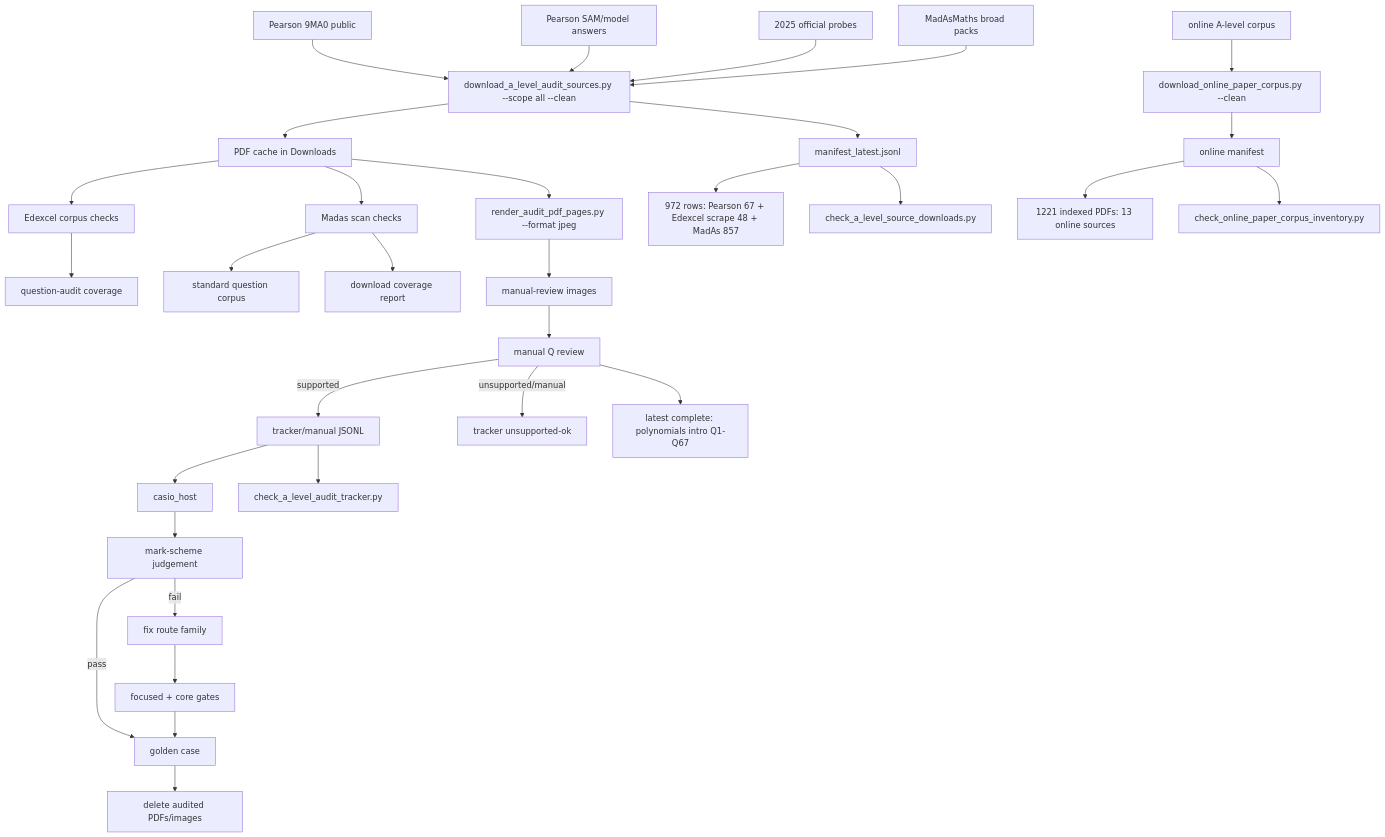
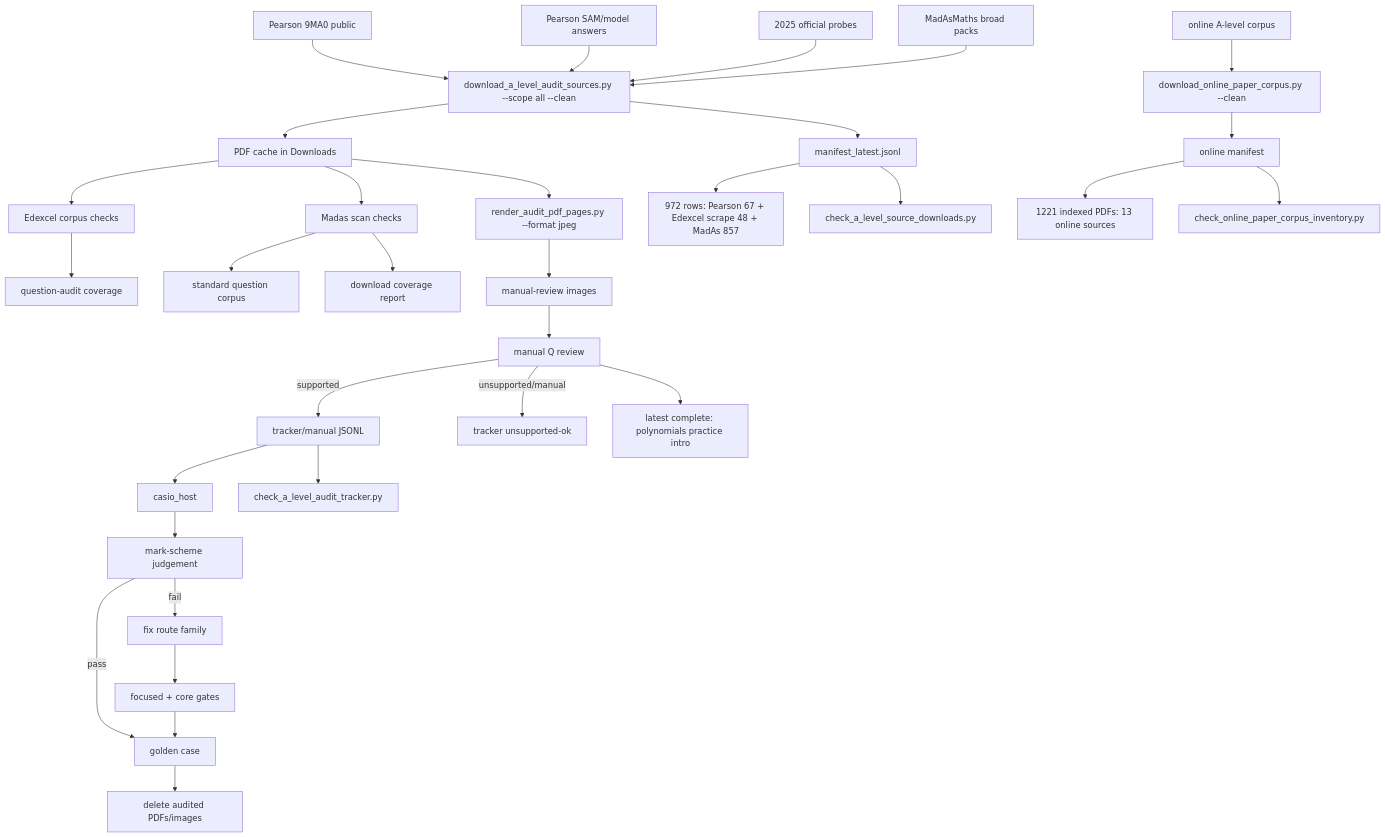
One commit to james8464/notes-addin-casio-fx-cg50 changed the diagram in c++/tools/golden/a_level_audit_graph.md. Above: the diagram before and after it, drawn with Mermaid. The commit also changed other lines of this file and 2 other files, not shown here.

Commit message:
Audit polynomial practice intro questions

````diff
--- a/c++/tools/golden/a_level_audit_graph.md
+++ b/c++/tools/golden/a_level_audit_graph.md
@@ -3,34 +3,34 @@
 ```mermaid
 graph TD
   E1["Pearson 9MA0 public"] --> D["download_a_level_audit_sources.py --scope all --clean"]
   E2["Pearson SAM/model answers"] --> D
   E3["2025 official probes"] --> D
   M1["MadAsMaths broad packs"] --> D
   O1["online A-level corpus"] --> OD["download_online_paper_corpus.py --clean"]
   D --> P["PDF cache in Downloads"]
   D --> X["manifest_latest.jsonl"]
   OD --> OX["online manifest"]
   X --> XC["972 rows: Pearson 67 + Edexcel scrape 48 + MadAs 857"]
   OX --> OC["1221 indexed PDFs: 13 online sources"]
   X --> V["check_a_level_source_downloads.py"]
   OX --> OV["check_online_paper_corpus_inventory.py"]
   P --> E["Edexcel corpus checks"]
   E --> EQ["question-audit coverage"]
   P --> S["Madas scan checks"]
   S --> M["standard question corpus"]
   S --> MC["download coverage report"]
   P --> R["render_audit_pdf_pages.py --format jpeg"]
   R --> I["manual-review images"]
   I --> Q["manual Q review"]
   Q -->|supported| J["tracker/manual JSONL"]
   Q -->|unsupported/manual| U["tracker unsupported-ok"]
   J --> H["casio_host"]
   J --> K["check_a_level_audit_tracker.py"]
   H --> C["mark-scheme judgement"]
   C -->|pass| G["golden case"]
   C -->|fail| F["fix route family"]
   F --> T["focused + core gates"]
   T --> G
   G --> Z["delete audited PDFs/images"]
-  Q --> PIntro["latest complete: polynomials intro Q1-Q67"]
+  Q --> PPractice["latest complete: polynomials practice intro"]
 ```
````
